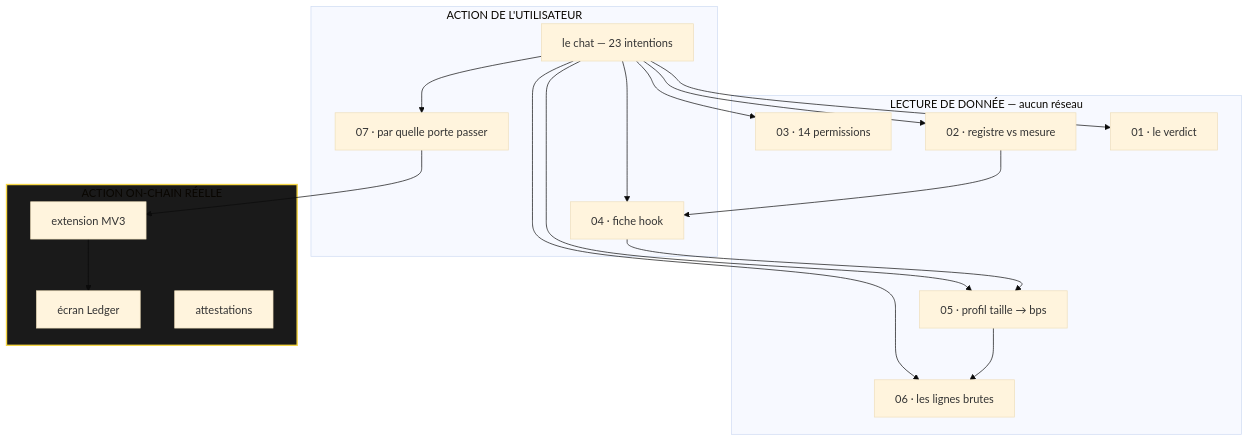
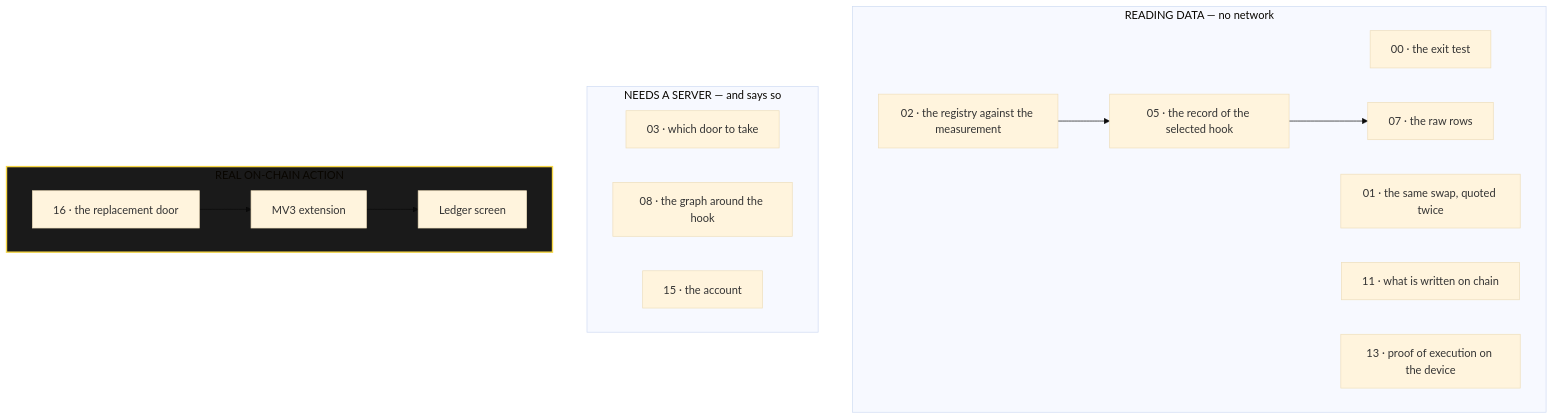
Before and after one commit to JeanBaptisteDurand/ETH_Online_2026: the third of 3 diagrams in docs/ARCHITECTURE.md, drawn with Mermaid (base theme). The commit also changed other lines of this file and 2 other files, not shown here.

First line of the commit message:
La marque porte le logo de Florent : trois barres qui lisent comme un appareil

````diff
--- a/docs/ARCHITECTURE.md
+++ b/docs/ARCHITECTURE.md
@@ -165,24 +181,25 @@
 ```mermaid
 flowchart TB
-    subgraph L["LECTURE DE DONNÉE — aucun réseau"]
-        P1["01 · le verdict"]
-        P2["02 · registre vs mesure"]
-        P3["03 · 14 permissions"]
-        P5["05 · profil taille → bps"]
-        P6["06 · les lignes brutes"]
+    subgraph L["READING DATA — no network"]
+        P0["00 · the exit test"]
+        P1["01 · the same swap, quoted twice"]
+        P2["02 · the registry against the measurement"]
+        P5["05 · the record of the selected hook"]
+        P7["07 · the raw rows"]
+        P11["11 · what is written on chain"]
+        P13["13 · proof of execution on the device"]
     end
-    subgraph A["ACTION DE L'UTILISATEUR"]
-        P4["04 · fiche hook"]
-        P7["07 · par quelle porte passer"]
-        CH["le chat — 23 intentions"]
+    subgraph A["NEEDS A SERVER — and says so"]
+        P3["03 · which door to take"]
+        P8["08 · the graph around the hook"]
+        P15["15 · the account"]
     end
-    subgraph O["ACTION ON-CHAIN RÉELLE"]
-        EXT["extension MV3"]
-        LED["écran Ledger"]
-        ATT["attestations"]
+    subgraph O["REAL ON-CHAIN ACTION"]
+        P16["16 · the replacement door"]
+        EXT["MV3 extension"]
+        LED["Ledger screen"]
     end
-    P2 --> P4 --> P5 --> P6
-    CH --> P1 & P2 & P3 & P4 & P5 & P6 & P7
-    P7 --> EXT --> LED
+    P2 --> P5 --> P7
+    P16 --> EXT --> LED
     style O fill:#1a1a1a,stroke:#F6D746,stroke-width:2px
 ```
````
